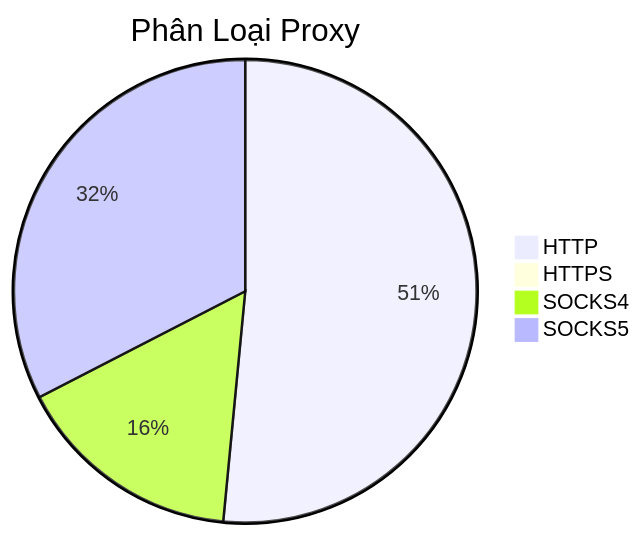
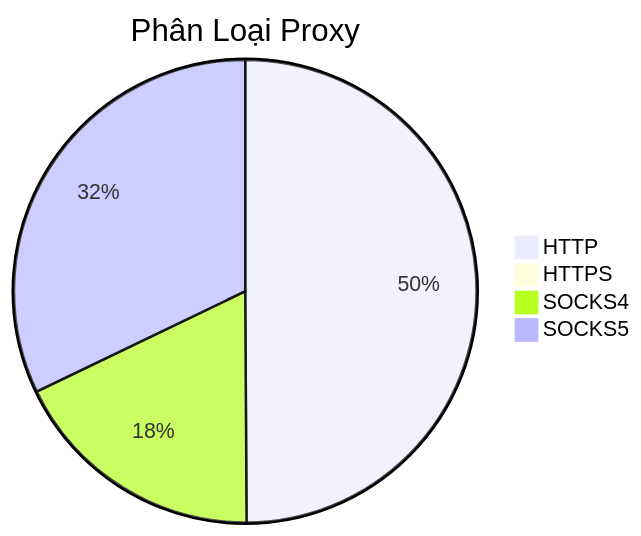
Before and after one commit to Ciara-12/PROXY-free: the diagram in README.md, drawn with Mermaid. The commit also changed other lines of this file and 4 other files, not shown here.

````diff
--- a/README.md
+++ b/README.md
@@ -26,7 +26,7 @@
 ```mermaid
 pie title Phân Loại Proxy
-    "HTTP" : 560
-    "HTTPS" : 3
-    "SOCKS4" : 173
-    "SOCKS5" : 354
+    "HTTP" : 542
+    "HTTPS" : 1
+    "SOCKS4" : 195
+    "SOCKS5" : 349
 ```
````
